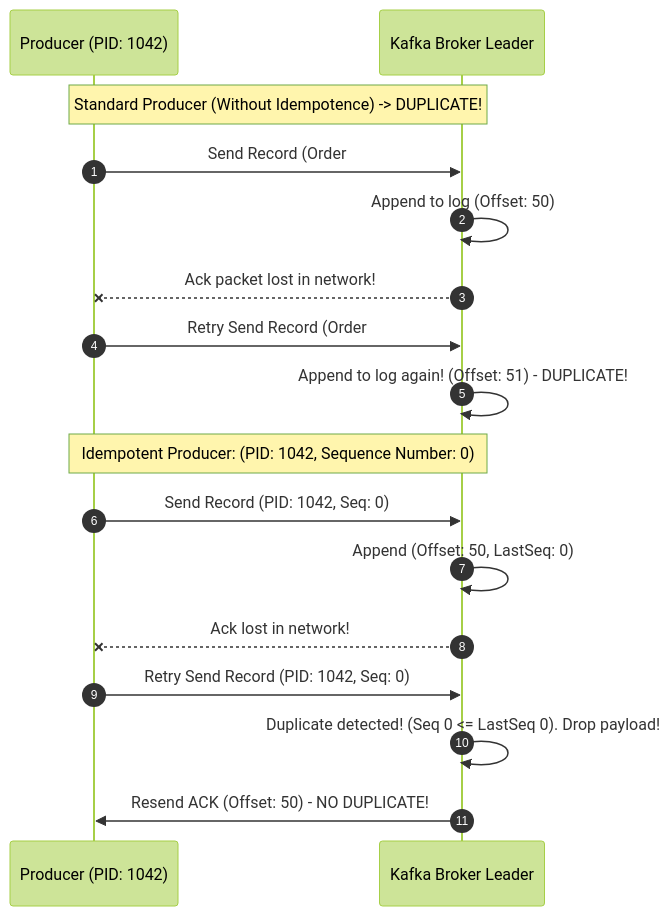
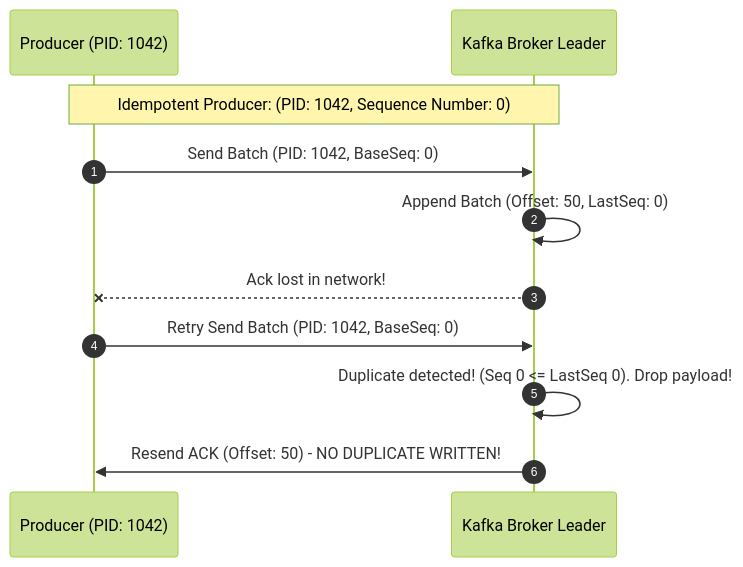
Before and after one commit to PandeyKishan/Study-Notes: the third of 3 diagrams in 03-Apache-Kafka/02-Producer-Internals-and-Delivery-Semantics.md, drawn with Mermaid (forest theme). The commit also changed other lines of this file and 38 other files, not shown here.

````diff
--- a/03-Apache-Kafka/02-Producer-Internals-and-Delivery-Semantics.md
+++ b/03-Apache-Kafka/02-Producer-Internals-and-Delivery-Semantics.md
@@ -94,21 +109,14 @@
 ```mermaid
 sequenceDiagram
     autonumber
     participant Prod as Producer (PID: 1042)
     participant Broker as Kafka Broker Leader
 
-    Note over Prod,Broker: Standard Producer (Without Idempotence) -> DUPLICATE!
-    Prod->>Broker: Send Record (Order #123)
-    Broker->>Broker: Append to log (Offset: 50)
-    Broker--xProd: Ack packet lost in network!
-    Prod->>Broker: Retry Send Record (Order #123)
-    Broker->>Broker: Append to log again! (Offset: 51) - DUPLICATE!
-
     Note over Prod,Broker: Idempotent Producer: (PID: 1042, Sequence Number: 0)
-    Prod->>Broker: Send Record (PID: 1042, Seq: 0)
-    Broker->>Broker: Append (Offset: 50, LastSeq: 0)
+    Prod->>Broker: Send Batch (PID: 1042, BaseSeq: 0)
+    Broker->>Broker: Append Batch (Offset: 50, LastSeq: 0)
     Broker--xProd: Ack lost in network!
-    Prod->>Broker: Retry Send Record (PID: 1042, Seq: 0)
+    Prod->>Broker: Retry Send Batch (PID: 1042, BaseSeq: 0)
     Broker->>Broker: Duplicate detected! (Seq 0 <= LastSeq 0). Drop payload!
-    Broker->>Prod: Resend ACK (Offset: 50) - NO DUPLICATE!
+    Broker->>Prod: Resend ACK (Offset: 50) - NO DUPLICATE WRITTEN!
 ```
````
